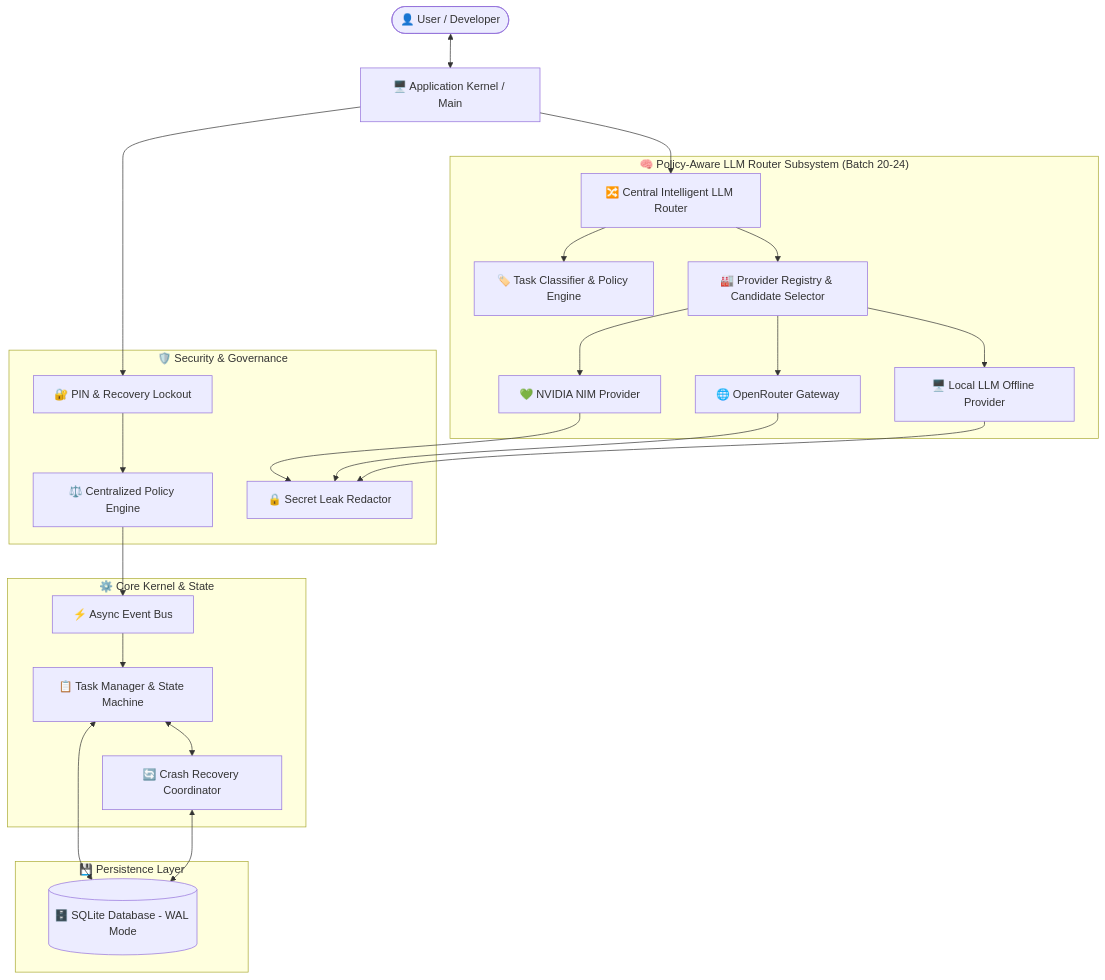
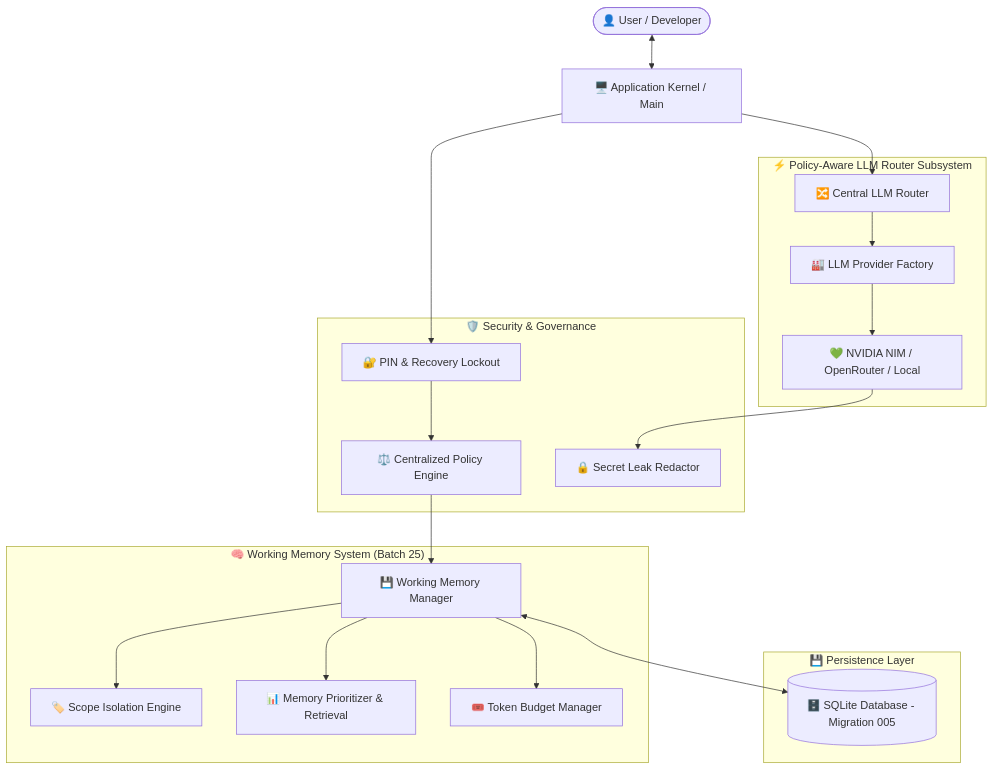
The diagram in README.md (Bhuvaneshkumar1/Jarvis), drawn with Mermaid before and after one commit. The commit also changed other lines of this file and 16 other files, not shown here.

Commit message:
feat(batch-25): implement scope-aware persistent working memory system

````diff
--- a/README.md
+++ b/README.md
@@ -66,46 +66,39 @@
 ```mermaid
 flowchart TD
     User([👤 User / Developer]) <--> CLI[🖥️ Application Kernel / Main]
     
     subgraph Security ["🛡️ Security & Governance"]
         Auth[🔐 PIN & Recovery Lockout]
         Policy[⚖️ Centralized Policy Engine]
         Redact[🔒 Secret Leak Redactor]
     end
 
-    subgraph LLM ["🧠 Policy-Aware LLM Router Subsystem (Batch 20-24)"]
-        Router[🔀 Central Intelligent LLM Router]
-        Class[🏷️ Task Classifier & Policy Engine]
-        Factory[🏭 Provider Registry & Candidate Selector]
-        NV[💚 NVIDIA NIM Provider]
-        OR[🌐 OpenRouter Gateway]
-        Local[🖥️ Local LLM Offline Provider]
+    subgraph Memory ["🧠 Working Memory System (Batch 25)"]
+        WMem[💾 Working Memory Manager]
+        Scope[🏷️ Scope Isolation Engine]
+        Rank[📊 Memory Prioritizer & Retrieval]
+        Budget[🎟️ Token Budget Manager]
     end
 
-    subgraph Core ["⚙️ Core Kernel & State"]
-        Bus[⚡ Async Event Bus]
-        TM[📋 Task Manager & State Machine]
-        Rec[🔄 Crash Recovery Coordinator]
+    subgraph LLM ["⚡ Policy-Aware LLM Router Subsystem"]
+        Router[🔀 Central LLM Router]
+        Factory[🏭 LLM Provider Factory]
+        Providers[💚 NVIDIA NIM / OpenRouter / Local]
     end
 
     subgraph Storage ["💾 Persistence Layer"]
-        DB[(🗄️ SQLite Database - WAL Mode)]
+        DB[(🗄️ SQLite Database - Migration 005)]
     end
 
     CLI --> Auth
     Auth --> Policy
-    Policy --> Bus
-    Bus --> TM
-    TM <--> Rec
-    TM <--> DB
-    Rec <--> DB
+    Policy --> WMem
+    WMem --> Scope
+    WMem --> Rank
+    WMem --> Budget
+    WMem <--> DB
     CLI --> Router
-    Router --> Class
     Router --> Factory
-    Factory --> NV
-    Factory --> OR
-    Factory --> Local
-    NV --> Redact
-    OR --> Redact
-    Local --> Redact
+    Factory --> Providers
+    Providers --> Redact
 ```
````
